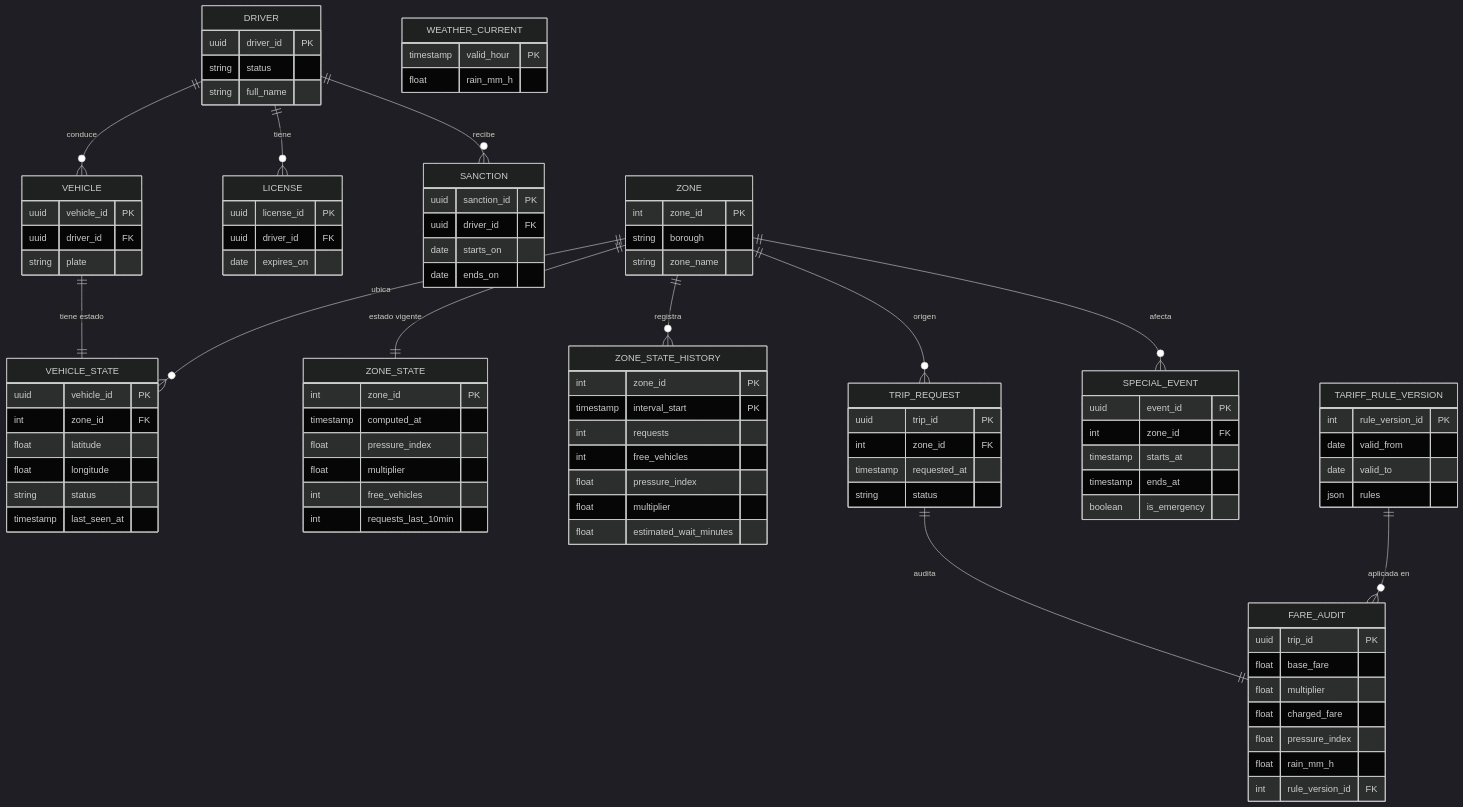
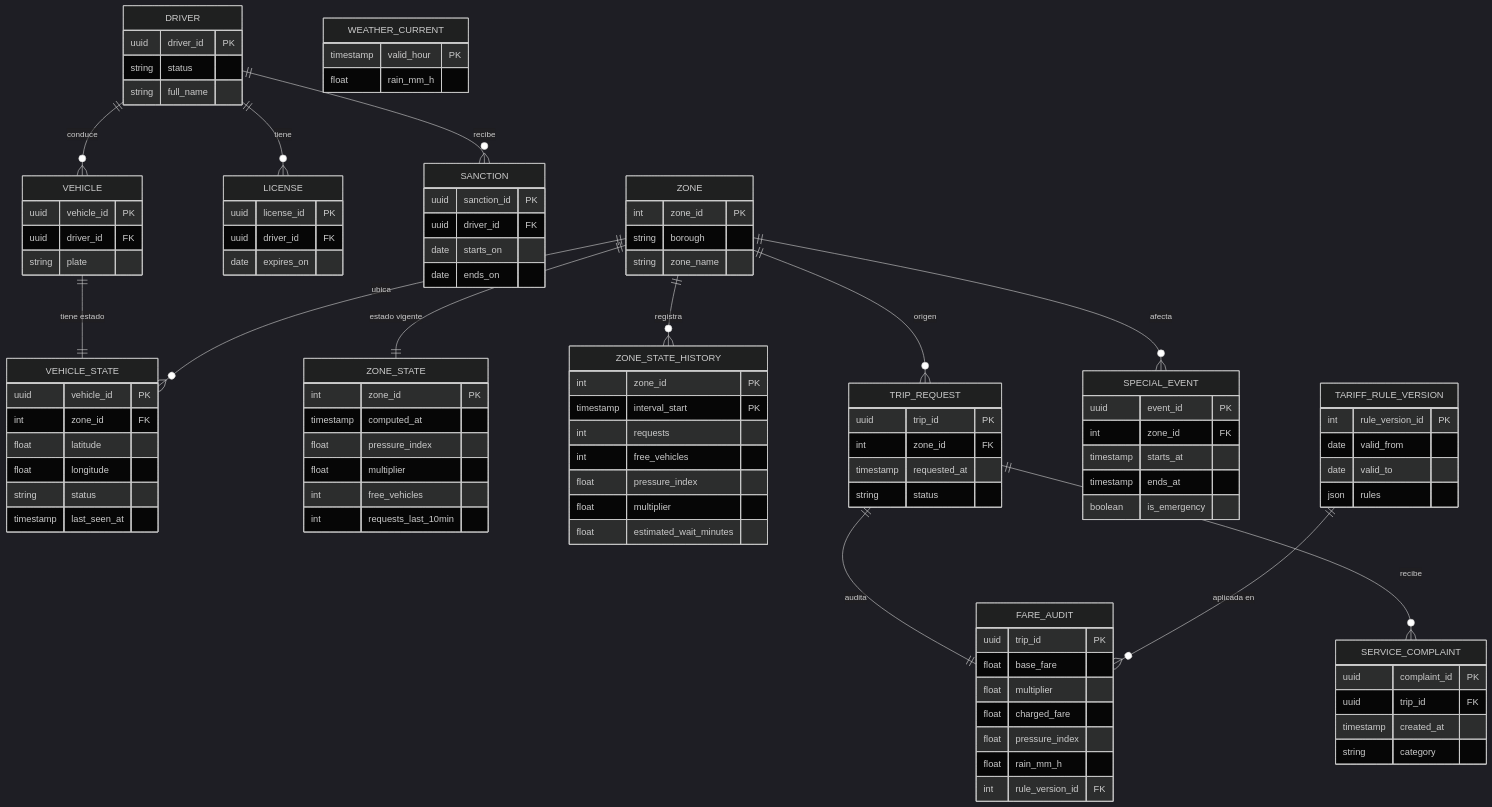
One commit to RutaViva/RUTA_VIVA changed the diagram in rutaviva-docs/documentation/docs/datos/modelo-operacional-mer.md. Above: the diagram before and after it, drawn with Mermaid (dark theme). The commit also changed other lines of this file and 36 other files, not shown here.

Commit message:
feat: add service complaint feature with API endpoint and database integration

```diff
--- a/rutaviva-docs/documentation/docs/datos/modelo-operacional-mer.md
+++ b/rutaviva-docs/documentation/docs/datos/modelo-operacional-mer.md
@@ -20,6 +20,7 @@
   ZONE ||--o{ TRIP_REQUEST : "origen"
   ZONE ||--o{ SPECIAL_EVENT : "afecta"
   TRIP_REQUEST ||--|| FARE_AUDIT : "audita"
+  TRIP_REQUEST ||--o{ SERVICE_COMPLAINT : "recibe"
   TARIFF_RULE_VERSION ||--o{ FARE_AUDIT : "aplicada en"
 
   DRIVER {
@@ -88,6 +89,12 @@
     float rain_mm_h
     int rule_version_id FK
   }
+  SERVICE_COMPLAINT {
+    uuid complaint_id PK
+    uuid trip_id FK
+    timestamp created_at
+    string category
+  }
   TARIFF_RULE_VERSION {
     int rule_version_id PK
     date valid_from
```
